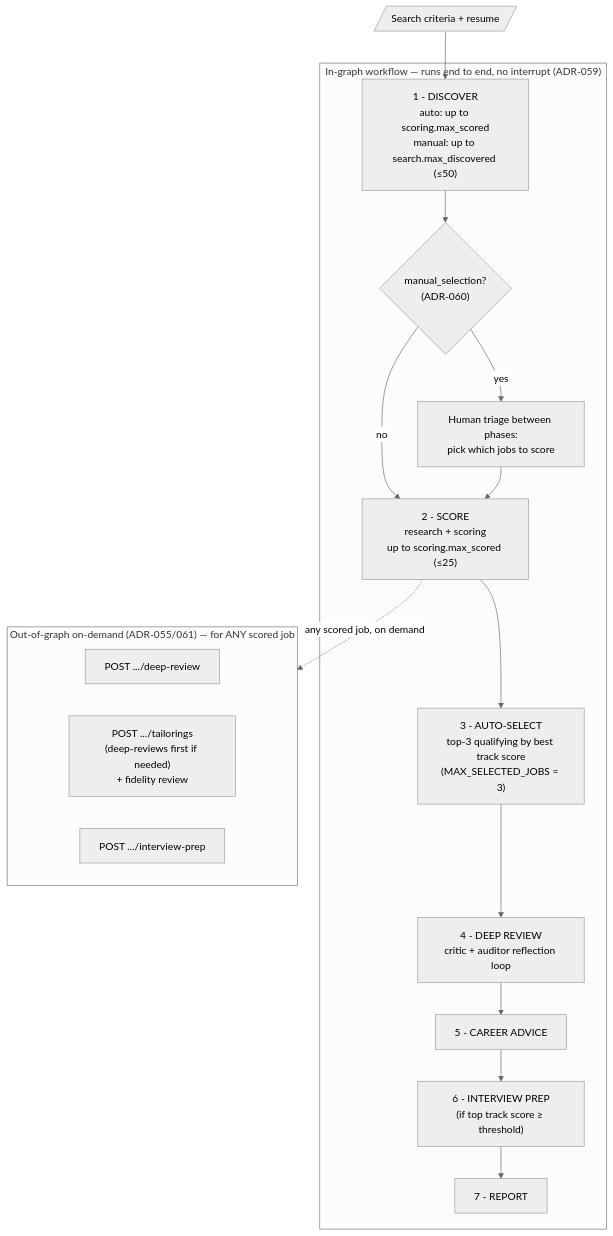
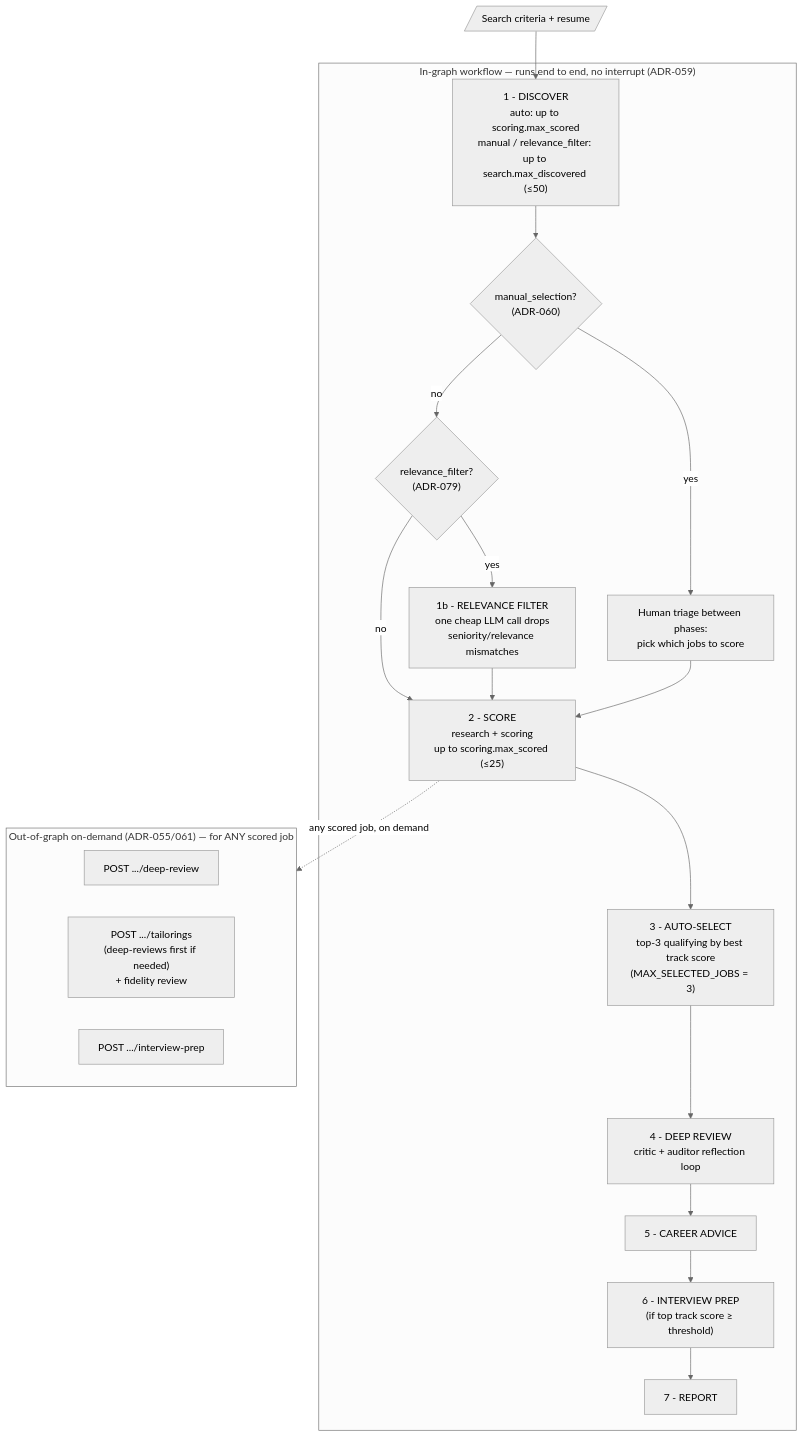
The diagram in docs/architecture/workflow_model.md (suthrams/jobsearchagent-v2), drawn with Mermaid (neutral theme) before and after one commit. The commit also changed other lines of this file and 24 other files, not shown here.

````diff
--- a/docs/architecture/workflow_model.md
+++ b/docs/architecture/workflow_model.md
@@ -60,26 +60,29 @@
 ```mermaid
 flowchart TD
     SC[/"Search criteria + resume"/] --> DISC
 
     subgraph ingraph["In-graph workflow — runs end to end, no interrupt (ADR-059)"]
-        DISC["1 - DISCOVER<br/>auto: up to scoring.max_scored<br/>manual: up to search.max_discovered (&le;50)"]
+        DISC["1 - DISCOVER<br/>auto: up to scoring.max_scored<br/>manual / relevance_filter: up to search.max_discovered (&le;50)"]
         DISC --> MAN{"manual_selection?<br/>(ADR-060)"}
         MAN -- "yes" --> TRIAGE["Human triage between phases:<br/>pick which jobs to score"]
-        MAN -- "no" --> SCORE
+        MAN -- "no" --> RF{"relevance_filter?<br/>(ADR-079)"}
+        RF -- "yes" --> FILT["1b - RELEVANCE FILTER<br/>one cheap LLM call drops<br/>seniority/relevance mismatches"]
+        RF -- "no" --> SCORE
+        FILT --> SCORE
         TRIAGE --> SCORE["2 - SCORE<br/>research + scoring<br/>up to scoring.max_scored (&le;25)"]
         SCORE --> SEL["3 - AUTO-SELECT<br/>top-3 qualifying by best track score<br/>(MAX_SELECTED_JOBS = 3)"]
         SEL --> DEEP["4 - DEEP REVIEW<br/>critic + auditor reflection loop"]
         DEEP --> ADV["5 - CAREER ADVICE"]
         ADV --> INT["6 - INTERVIEW PREP<br/>(if top track score &ge; threshold)"]
         INT --> REP["7 - REPORT"]
     end
 
     SCORE -. "any scored job, on demand" .-> OND
 
     subgraph OND["Out-of-graph on-demand (ADR-055/061) — for ANY scored job"]
         direction LR
         ODR["POST .../deep-review"]
         OTAIL["POST .../tailorings<br/>(deep-reviews first if needed)<br/>+ fidelity review"]
         OINT["POST .../interview-prep"]
     end
 ```
````
